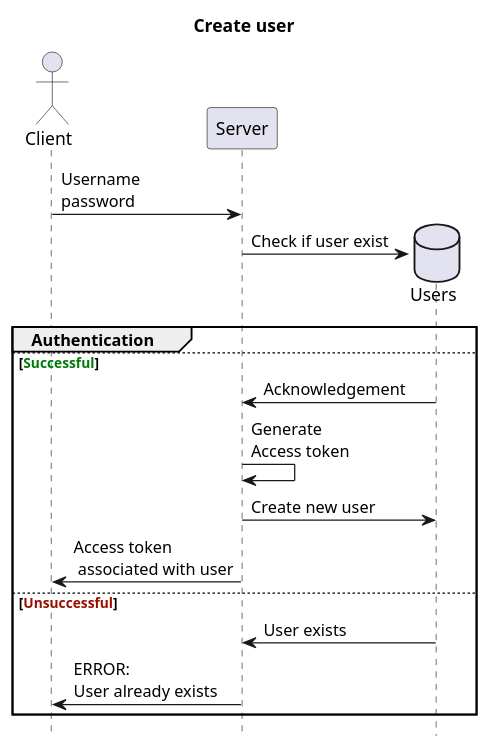
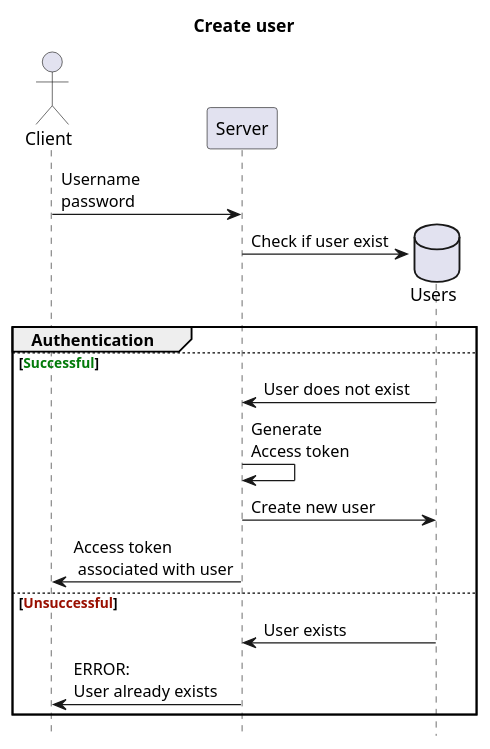
Before and after one commit to VVrongSide/P5-courses: the diagram in OOADI/plantuml/SSD_create_user.puml, drawn with PlantUML. The commit also changed 24 other files, not shown here.

```diff
--- a/OOADI/plantuml/SSD_create_user.puml
+++ b/OOADI/plantuml/SSD_create_user.puml
@@ -1,22 +1,22 @@
 @startuml
 hide footbox
 title Create user
 
 actor Client
 participant Server
 
 Client -> Server : Username\npassword
 create database Users
 Server -> Users: Check if user exist
 group Authentication
 else <color #027a09>Successful</color>
-        Users -> Server: Acknowledgement
+        Users -> Server: User does not exist
         Server -> Server: Generate\nAccess token
         Server -> Users: Create new user
         Server -> Client: Access token\n associated with user
 
 else <color #990f00>Unsuccessful</color>
         Users -> Server: User exists
         Server -> Client: ERROR:\nUser already exists
 end
 @enduml
```
